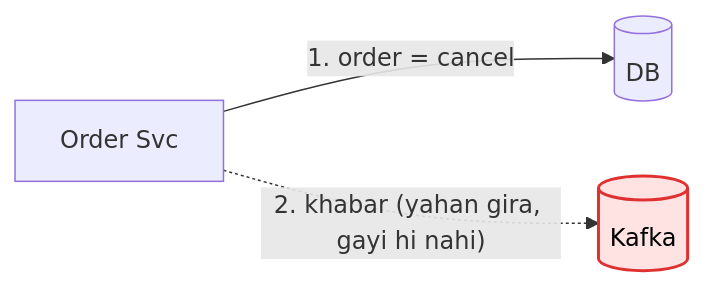
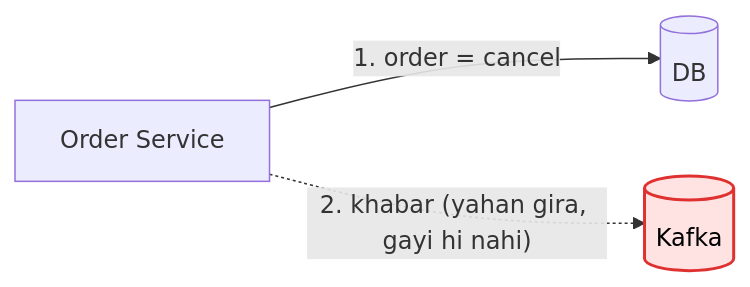
The seventh of 8 diagrams in 04_HLD/SYSTEM_DESIGNS/12_message_queue_kafka/kafka_concepts.md (ArpanMaheshwari144/Prep), drawn with Mermaid before and after one commit. The commit also changed other lines of this file and 8 other files, not shown here.

````diff
--- a/04_HLD/SYSTEM_DESIGNS/12_message_queue_kafka/kafka_concepts.md
+++ b/04_HLD/SYSTEM_DESIGNS/12_message_queue_kafka/kafka_concepts.md
@@ -187,6 +187,6 @@
 ```mermaid
 flowchart LR
-    O["Order Svc"] -- "1. order = cancel" --> D[("DB")]
+    O["Order Service"] -- "1. order = cancel" --> D[("DB")]
     O -. "2. khabar (yahan gira, gayi hi nahi)" .-> K[("Kafka")]
     style K fill:#ffe3e3,stroke:#e03131,stroke-width:2px,color:#000
 ```
````
